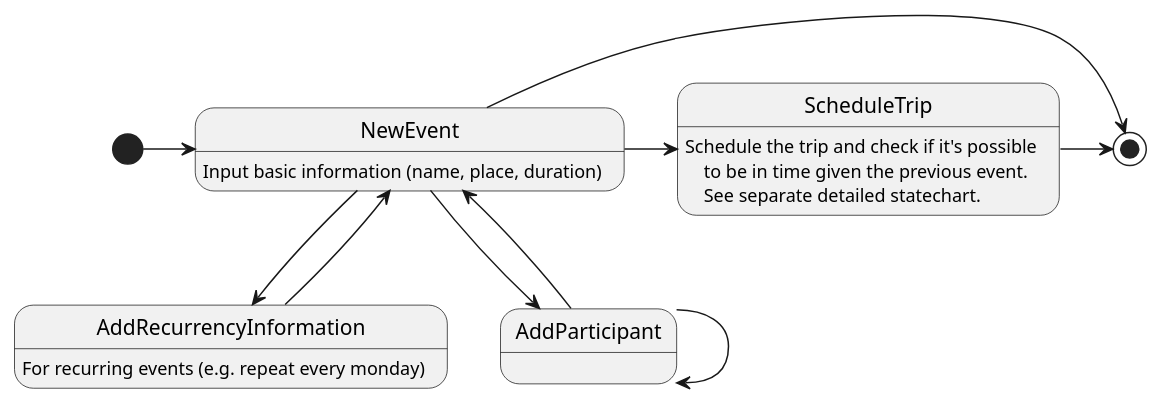
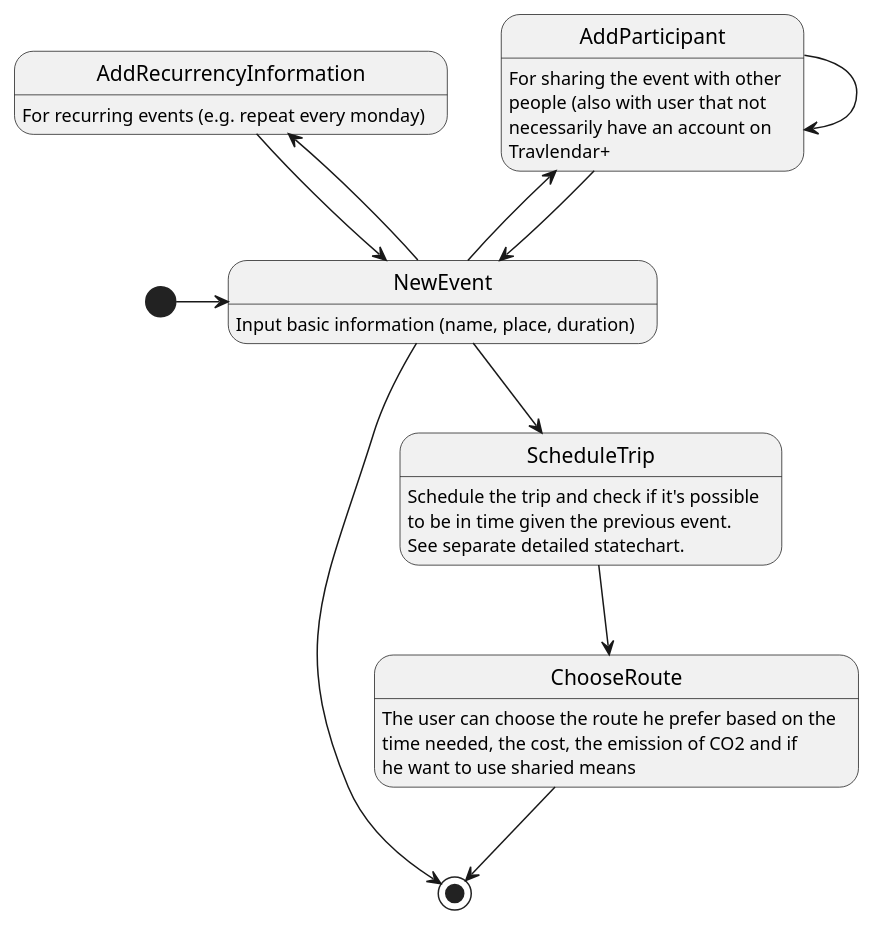
One commit to fcremo/AlfonsoCarsenzuolaCremonese-ingsw2 changed the diagram in rasd/statecharts/statechart_new_event.plantuml. Above: the diagram before and after it, drawn with PlantUML. The commit also changed 1 other file, not shown here.

Commit message:
add statechart to rasd doc

```diff
--- a/rasd/statecharts/statechart_new_event.plantuml
+++ b/rasd/statecharts/statechart_new_event.plantuml
@@ -1,24 +1,25 @@
 @startuml
 
 [*] -right-> NewEvent
 NewEvent -right-> [*]
-NewEvent: Input basic information (name, place, duration)
 
-NewEvent --> AddParticipant
+NewEvent -up-> AddParticipant
 AddParticipant --> AddParticipant
 AddParticipant --> NewEvent
+NewEvent -up-> AddRecurrencyInformation
+AddRecurrencyInformation -> NewEvent
+NewEvent --> ScheduleTrip
+ScheduleTrip --> ChooseRoute
+ChooseRoute --> [*]
 
-NewEvent -down-> AddRecurrencyInformation
-state AddRecurrencyInformation: For recurring events (e.g. repeat every monday)
-AddRecurrencyInformation -> NewEvent
+    NewEvent: Input basic information (name, place, duration)
 
-NewEvent -right-> ScheduleTrip
-ScheduleTrip -right-> [*]
+    ScheduleTrip: Schedule the trip and check if it's possible\nto be in time given the previous event.\nSee separate detailed statechart.
 
-state ScheduleTrip {
-    ScheduleTrip: Schedule the trip and check if it's possible\n\
-    to be in time given the previous event. \n\
-    See separate detailed statechart.
-}
+    ChooseRoute: The user can choose the route he prefer based on the\ntime needed, the cost, the emission of CO2 and if\nhe want to use sharied means
+
+    AddParticipant: For sharing the event with other\npeople (also with user that not\nnecessarily have an account on\nTravlendar+  
+
+    AddRecurrencyInformation: For recurring events (e.g. repeat every monday)
 
 @enduml
```
